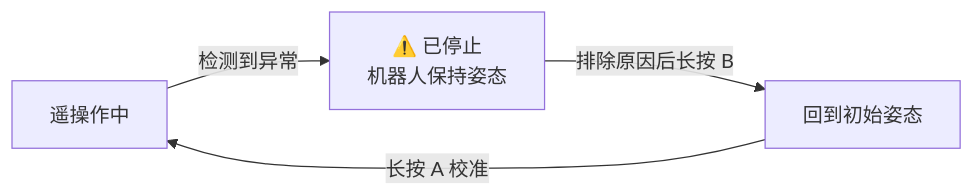
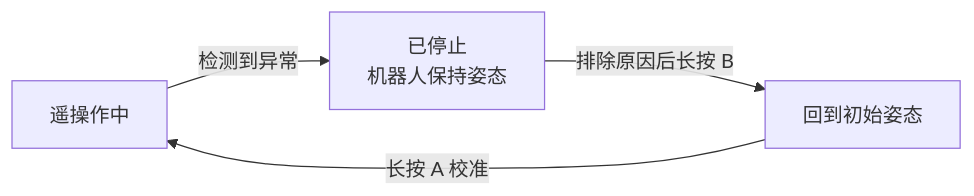
Before and after one commit to AgilexOpensource/lookie_ros: the third of 3 diagrams in lookie_teleop/docs/vr_teleop_quickstart.zh-CN.md, drawn with Mermaid. The commit also changed other lines of this file and 11 other files, not shown here.

````diff
--- a/lookie_teleop/docs/vr_teleop_quickstart.zh-CN.md
+++ b/lookie_teleop/docs/vr_teleop_quickstart.zh-CN.md
@@ -210,6 +199,6 @@
 ```mermaid
 flowchart LR
-    R[遥操作中] -- 检测到异常 --> P["⚠️ 已停止<br/>机器人保持姿态"]
+    R[遥操作中] -- 检测到异常 --> P["已停止<br/>机器人保持姿态"]
     P -- "排除原因后长按 B" --> H[回到初始姿态]
     H -- "长按 A 校准" --> R
 ```
````
